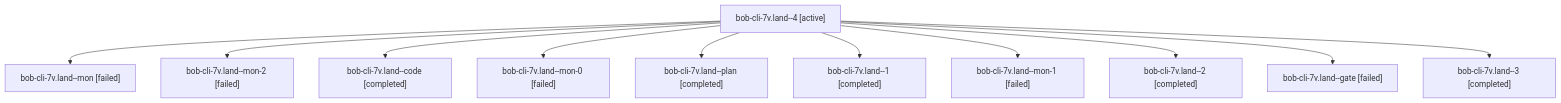
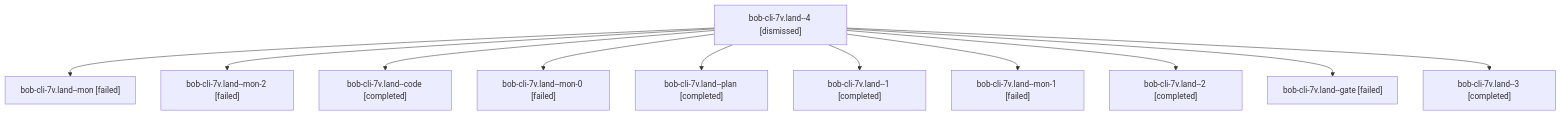
One commit to bobs-org/bob-cli--agents changed the diagram in sessions/bbugyi200.athena.bob-cli-7v.land.md. Above: the diagram before and after it, drawn with Mermaid. The commit also changed other lines of this file and 116 other files, not shown here.

````diff
--- a/sessions/bbugyi200.athena.bob-cli-7v.land.md
+++ b/sessions/bbugyi200.athena.bob-cli-7v.land.md
@@ -9,24 +9,24 @@
 ```mermaid
 flowchart TD
-  n0["bob-cli-7v.land--4 [active]"]
+  n0["bob-cli-7v.land--4 [dismissed]"]
   n1["bob-cli-7v.land--mon [failed]"]
   n0 --> n1
   n2["bob-cli-7v.land--mon-2 [failed]"]
   n0 --> n2
   n3["bob-cli-7v.land--code [completed]"]
   n0 --> n3
   n4["bob-cli-7v.land--mon-0 [failed]"]
   n0 --> n4
   n5["bob-cli-7v.land--plan [completed]"]
   n0 --> n5
   n6["bob-cli-7v.land--1 [completed]"]
   n0 --> n6
   n7["bob-cli-7v.land--mon-1 [failed]"]
   n0 --> n7
   n8["bob-cli-7v.land--2 [completed]"]
   n0 --> n8
   n9["bob-cli-7v.land--gate [failed]"]
   n0 --> n9
   n10["bob-cli-7v.land--3 [completed]"]
   n0 --> n10
 ```
````
